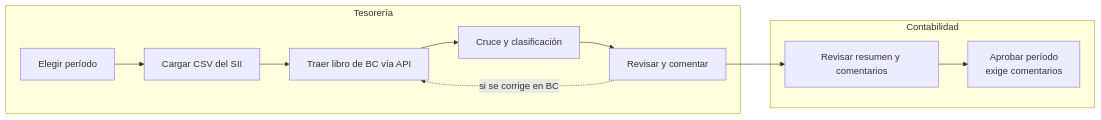
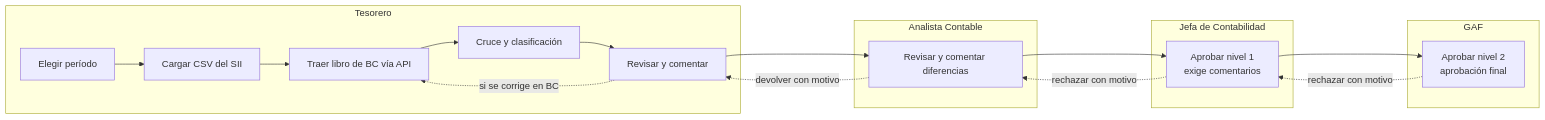
Before and after one commit to miguel-cortes-14/conciliasii: the diagram in docs/PRD.md, drawn with Mermaid. The commit also changed other lines of this file and 5 other files, not shown here.

First line of the commit message:
docs: cierra supuestos de roles y alinea PRD e historias con dos niveles de aprobación

````diff
--- a/docs/PRD.md
+++ b/docs/PRD.md
@@ -56,11 +58,20 @@
 ```mermaid
 flowchart LR
-  subgraph T[Tesorería]
+  subgraph T[Tesorero]
     A[Elegir período] --> B[Cargar CSV del SII] --> C[Traer libro de BC vía API] --> D[Cruce y clasificación] --> E[Revisar y comentar]
     E -. si se corrige en BC .-> C
   end
-  subgraph K[Contabilidad]
-    F[Revisar resumen y comentarios] --> G[Aprobar período<br/>exige comentarios]
+  subgraph AC[Analista Contable]
+    F[Revisar y comentar diferencias]
   end
-  E --> F
+  subgraph J[Jefa de Contabilidad]
+    G[Aprobar nivel 1<br/>exige comentarios]
+  end
+  subgraph GF[GAF]
+    H[Aprobar nivel 2<br/>aprobación final]
+  end
+  E --> F --> G --> H
+  F -. devolver con motivo .-> E
+  G -. rechazar con motivo .-> F
+  H -. rechazar con motivo .-> G
 ```
````
